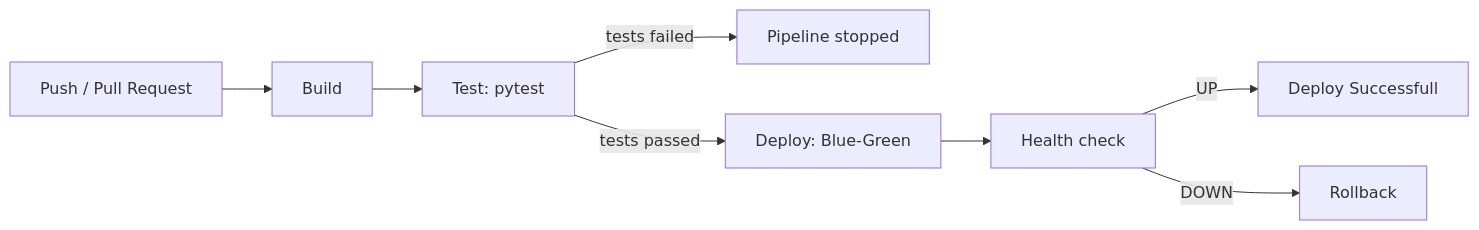
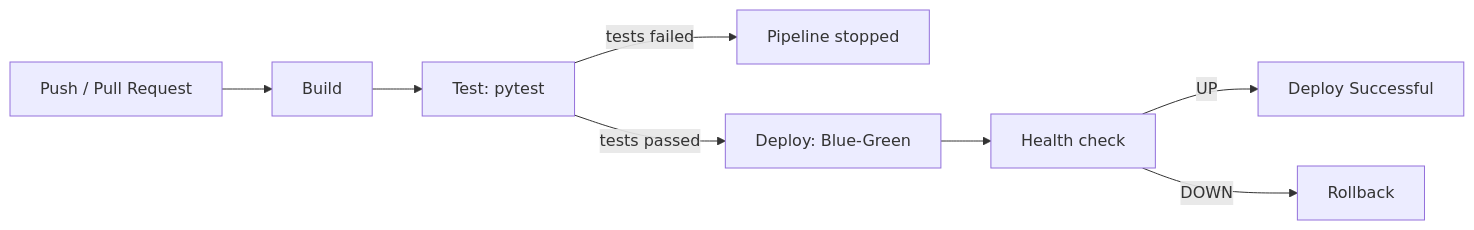
One commit to alexmitichashvili/devops-project changed the diagram in README.md. Above: the diagram before and after it, drawn with Mermaid. The commit also changed other lines of this file, not shown here.

````diff
--- a/README.md
+++ b/README.md
@@ -37,10 +37,10 @@
 ```mermaid
 flowchart LR
     A[Push / Pull Request] --> B[Build]
     B --> C[Test: pytest]
     C -->|tests failed| X[Pipeline stopped]
     C -->|tests passed| D[Deploy: Blue-Green]
     D --> E[Health check]
-    E -->|UP| F[Deploy Successfull]
+    E -->|UP| F[Deploy Successful]
     E -->|DOWN| G[Rollback]
 ```
````
